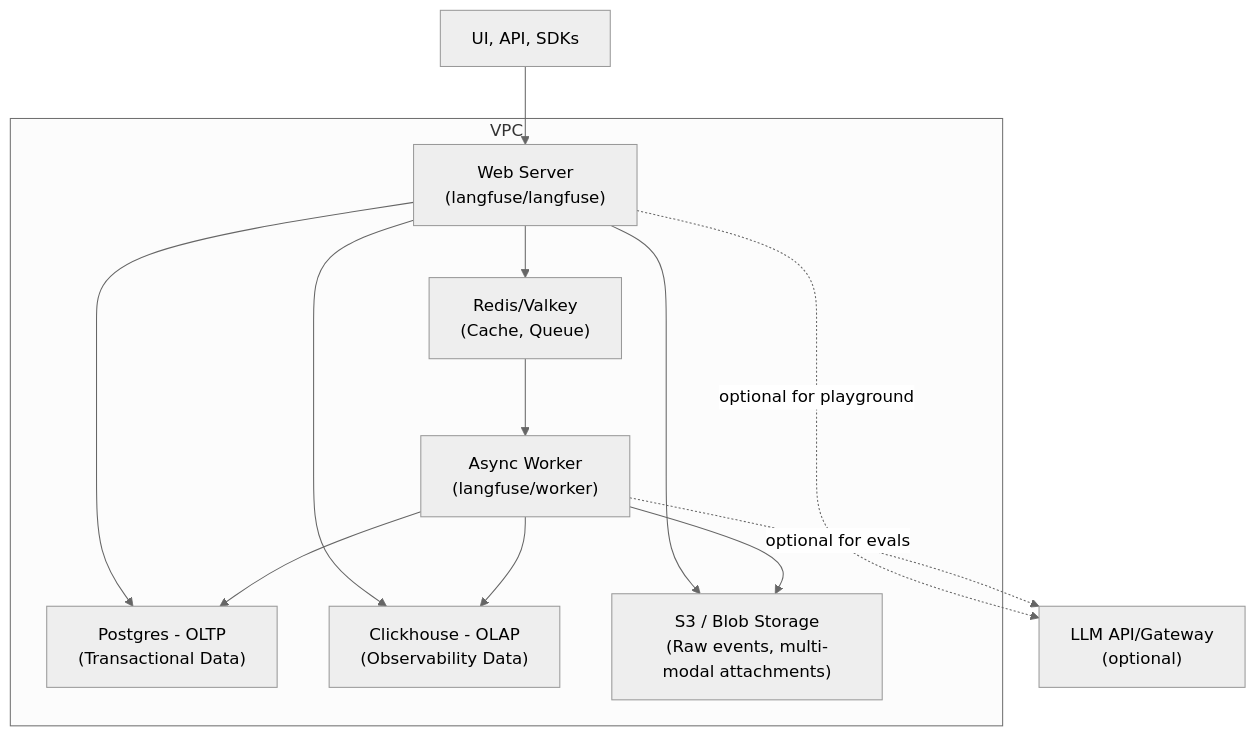
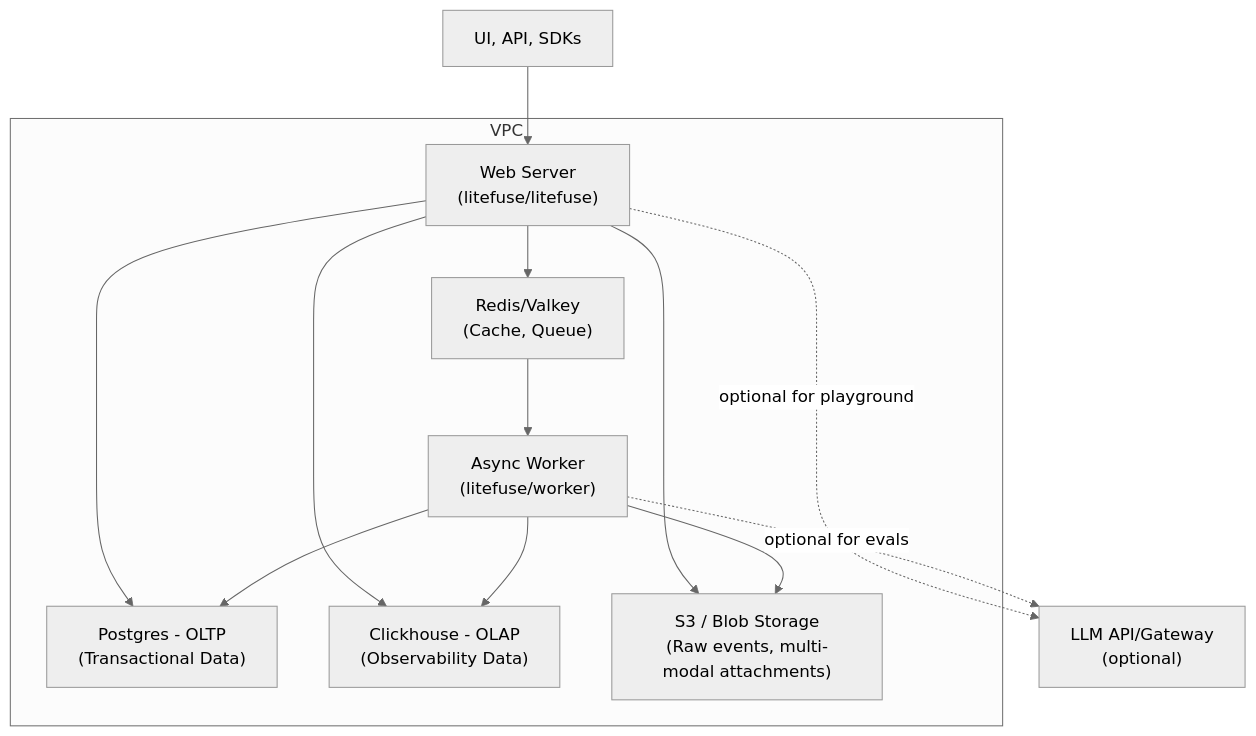
The diagram in CONTRIBUTING.md (jeffreys-cat/litefuse), drawn with Mermaid (neutral theme) before and after one commit. The commit also changed other lines of this file and 35 other files, not shown here.

First line of the commit message:
docs(rebrand): Langfuse -> Litefuse product name across docs

````diff
--- a/CONTRIBUTING.md
+++ b/CONTRIBUTING.md
@@ -64,26 +64,26 @@
 ```mermaid
 flowchart TB
     User["UI, API, SDKs"]
     subgraph vpc["VPC"]
-        Web["Web Server<br/>(langfuse/langfuse)"]
-        Worker["Async Worker<br/>(langfuse/worker)"]
+        Web["Web Server<br/>(litefuse/litefuse)"]
+        Worker["Async Worker<br/>(litefuse/worker)"]
         Postgres["Postgres - OLTP<br/>(Transactional Data)"]
         Cache["Redis/Valkey<br/>(Cache, Queue)"]
         Clickhouse["Clickhouse - OLAP<br/>(Observability Data)"]
         S3["S3 / Blob Storage<br/>(Raw events, multi-modal attachments)"]
     end
     LLM["LLM API/Gateway<br/>(optional)"]
 
     User --> Web
     Web --> S3
     Web --> Postgres
     Web --> Cache
     Web --> Clickhouse
     Web -.->|"optional for playground"| LLM
 
     Cache --> Worker
     Worker --> Clickhouse
     Worker --> Postgres
     Worker --> S3
     Worker -.->|"optional for evals"| LLM
 ```
````
